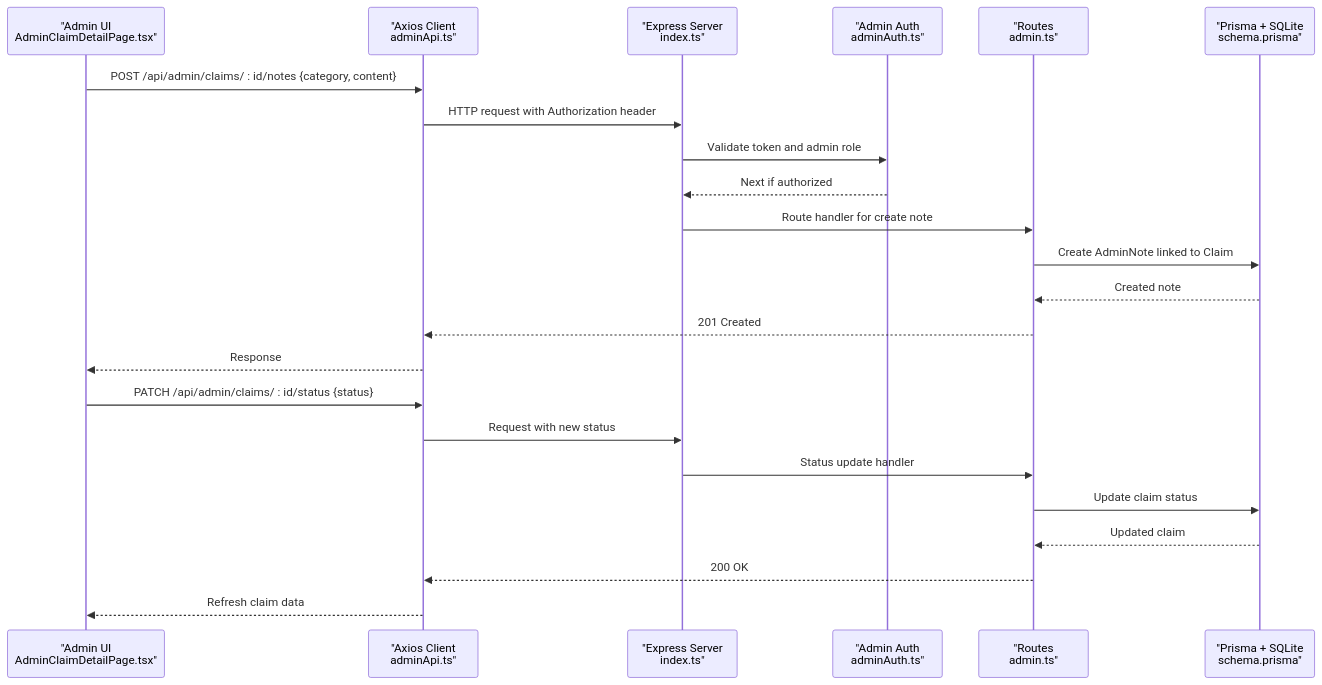
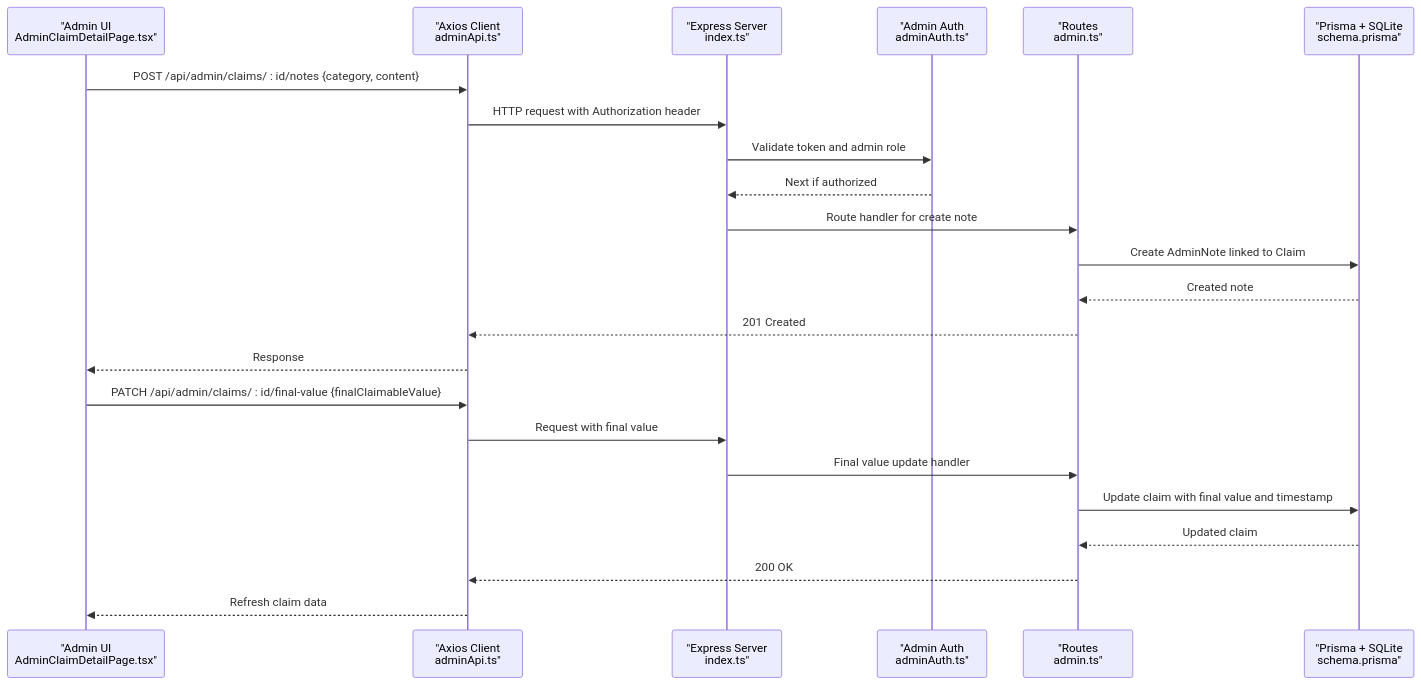
Before and after one commit to NaveenHiranya/Smart-Vehicle-Insurance-Claim-System: the second of 7 diagrams in .qoder/repowiki/en/content/Frontend Documentation/Pages and Views/Admin Pages/Admin Note System.md, drawn with Mermaid. The commit also changed other lines of this file and 31 other files, not shown here.

````diff
--- a/.qoder/repowiki/en/content/Frontend Documentation/Pages and Views/Admin Pages/Admin Note System.md
+++ b/.qoder/repowiki/en/content/Frontend Documentation/Pages and Views/Admin Pages/Admin Note System.md
@@ -117,25 +124,25 @@
 ```mermaid
 sequenceDiagram
 participant FE as "Admin UI<br/>AdminClaimDetailPage.tsx"
 participant API as "Axios Client<br/>adminApi.ts"
 participant BE as "Express Server<br/>index.ts"
 participant MW as "Admin Auth<br/>adminAuth.ts"
 participant RT as "Routes<br/>admin.ts"
 participant DB as "Prisma + SQLite<br/>schema.prisma"
 FE->>API : POST /api/admin/claims/ : id/notes {category, content}
 API->>BE : HTTP request with Authorization header
 BE->>MW : Validate token and admin role
 MW-->>BE : Next if authorized
 BE->>RT : Route handler for create note
 RT->>DB : Create AdminNote linked to Claim
 DB-->>RT : Created note
 RT-->>API : 201 Created
 API-->>FE : Response
-FE->>API : PATCH /api/admin/claims/ : id/status {status}
-API->>BE : Request with new status
-BE->>RT : Status update handler
-RT->>DB : Update claim status
+FE->>API : PATCH /api/admin/claims/ : id/final-value {finalClaimableValue}
+API->>BE : Request with final value
+BE->>RT : Final value update handler
+RT->>DB : Update claim with final value and timestamp
 DB-->>RT : Updated claim
 RT-->>API : 200 OK
 API-->>FE : Refresh claim data
 ```
````
